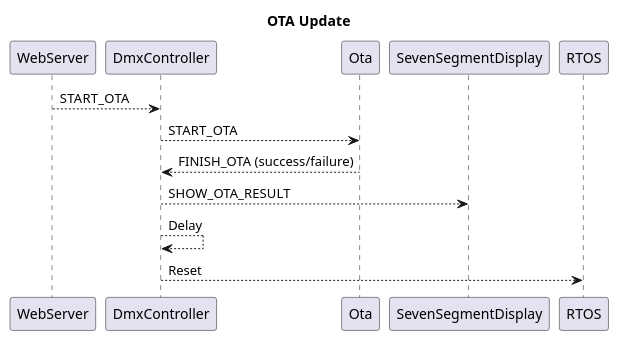
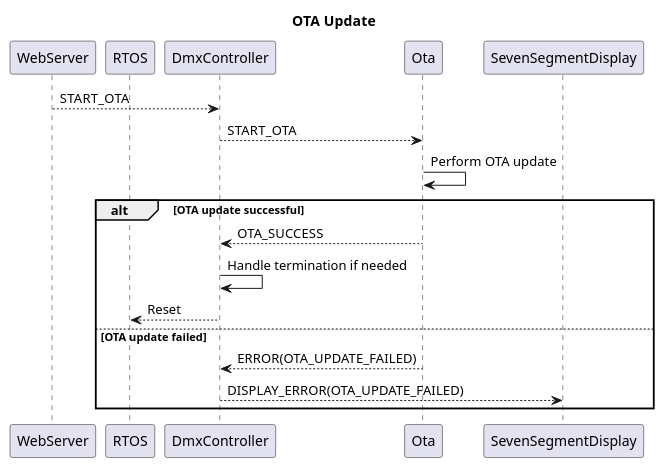
Before and after one commit to michelkeijzers/Esp32DmxController: the eighth of 8 diagrams in Documentation/software_design.puml, drawn with PlantUML. The commit also changed other lines of this file and 1 other file, not shown here.

Commit message:
Updated UML diagrams

```diff
--- a/Documentation/software_design.puml
+++ b/Documentation/software_design.puml
@@ -384,10 +442,21 @@
 @startuml 
 title OTA Update
 
+participant WebServer
+participant RTOS
+participant DmxController
+participant Ota
+participant SevenSegmentDisplay
+
 WebServer --> DmxController : START_OTA
 DmxController --> Ota : START_OTA 
-Ota --> DmxController : FINISH_OTA (success/failure)
-DmxController --> SevenSegmentDisplay : SHOW_OTA_RESULT
-DmxController --> DmxController : Delay
-DmxController --> RTOS: Reset
+Ota -> Ota : Perform OTA update
+alt OTA update successful
+    Ota --> DmxController : OTA_SUCCESS
+    DmxController -> DmxController : Handle termination if needed
+    DmxController --> RTOS: Reset
+else OTA update failed
+    Ota --> DmxController : ERROR(OTA_UPDATE_FAILED)
+    DmxController --> SevenSegmentDisplay : DISPLAY_ERROR(OTA_UPDATE_FAILED)
+end
 @enduml 
```
